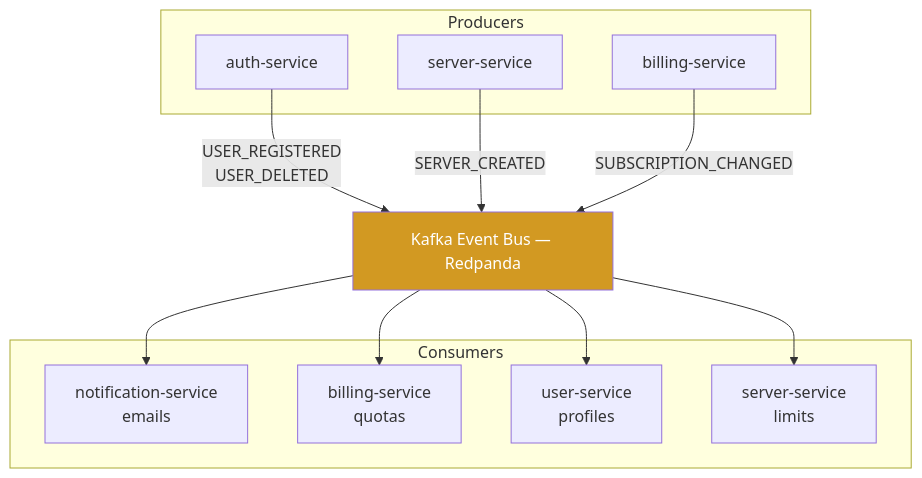
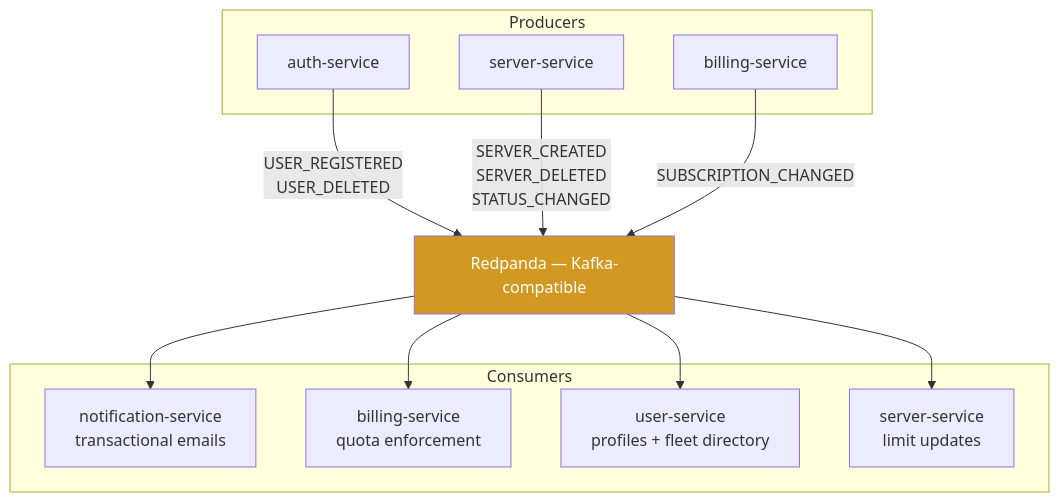
One commit to WhitehatD/MetricHost changed the seventh of 9 diagrams in README.md. Above: the diagram before and after it, drawn with Mermaid. The commit also changed other lines of this file, not shown here.

````diff
--- a/README.md
+++ b/README.md
@@ -256,28 +420,28 @@
 ```mermaid
 flowchart TD
     subgraph Producers
         AUTH[auth-service]
         SRV[server-service]
         BILL[billing-service]
     end
 
-    BUS[Kafka Event Bus — Redpanda]
+    BUS[Redpanda — Kafka-compatible]
 
     subgraph Consumers
-        NOTIFY[notification-service<br/>emails]
-        BILL2[billing-service<br/>quotas]
-        USER[user-service<br/>profiles]
-        SRV2[server-service<br/>limits]
+        NOTIFY[notification-service<br/>transactional emails]
+        BILL2[billing-service<br/>quota enforcement]
+        USER[user-service<br/>profiles + fleet directory]
+        SRV2[server-service<br/>limit updates]
     end
 
     AUTH -->|USER_REGISTERED<br/>USER_DELETED| BUS
-    SRV -->|SERVER_CREATED| BUS
+    SRV -->|SERVER_CREATED<br/>SERVER_DELETED<br/>STATUS_CHANGED| BUS
     BILL -->|SUBSCRIPTION_CHANGED| BUS
 
     BUS --> NOTIFY
     BUS --> BILL2
     BUS --> USER
     BUS --> SRV2
 
     style BUS fill:#d29922,color:#fff
 ```
````
